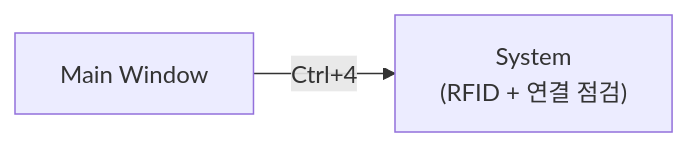
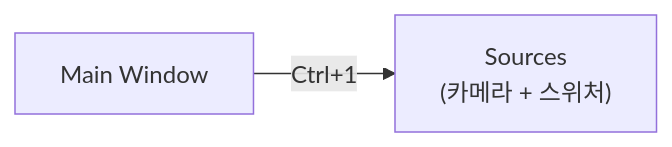
One commit to garimto81/ebs changed the second of 13 diagrams in docs/01_PokerGFX_Analysis/PRD-0004-EBS-Server-UI-Design.md. Above: the diagram before and after it, drawn with Mermaid. The commit also changed other lines of this file, not shown here.

````diff
--- a/docs/01_PokerGFX_Analysis/PRD-0004-EBS-Server-UI-Design.md
+++ b/docs/01_PokerGFX_Analysis/PRD-0004-EBS-Server-UI-Design.md
@@ -249,4 +249,4 @@
 ```mermaid
 flowchart LR
-    MW["Main Window"] -->|"Ctrl+4"| SYS["System<br/>(RFID + 연결 점검)"]
+    MW["Main Window"] -->|"Ctrl+1"| SRC["Sources<br/>(카메라 + 스위처)"]
 ```
````
